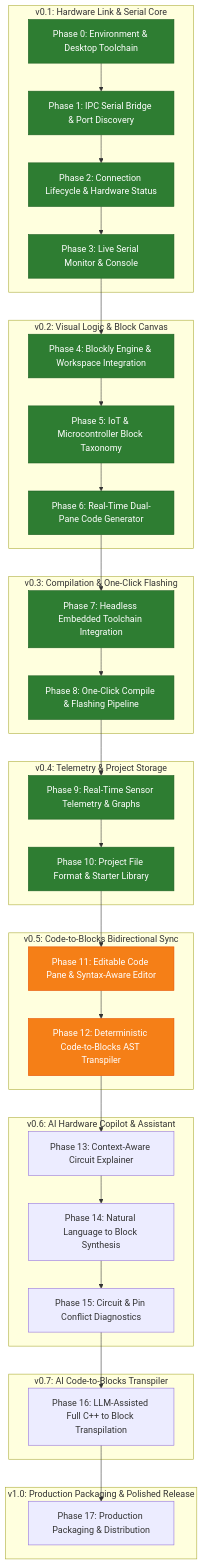
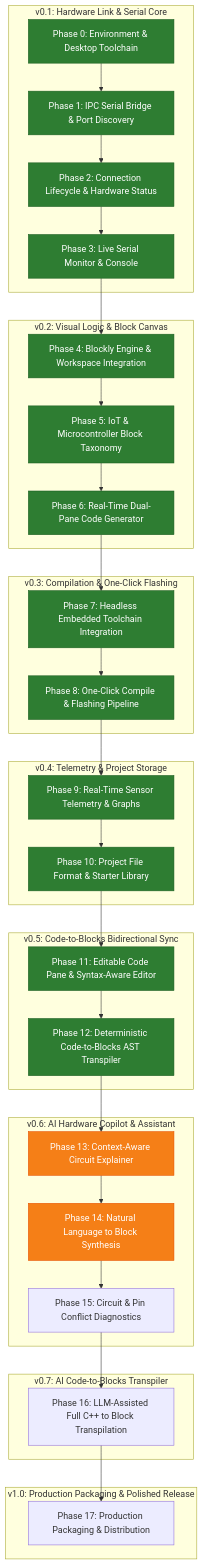
One commit to dharshbdp/CircuitForge changed the diagram in ROADMAP.md. Above: the diagram before and after it, drawn with Mermaid. The commit also changed other lines of this file and 1 other file, not shown here.

````diff
--- a/ROADMAP.md
+++ b/ROADMAP.md
@@ -38,57 +38,59 @@
 ```mermaid
 graph TD
     subgraph Milestone_0_1 [v0.1: Hardware Link & Serial Core]
         P0[Phase 0: Environment & Desktop Toolchain] --> P1[Phase 1: IPC Serial Bridge & Port Discovery]
         P1 --> P2[Phase 2: Connection Lifecycle & Hardware Status]
         P2 --> P3[Phase 3: Live Serial Monitor & Console]
     end
 
     subgraph Milestone_0_2 [v0.2: Visual Logic & Block Canvas]
         P3 --> P4[Phase 4: Blockly Engine & Workspace Integration]
         P4 --> P5[Phase 5: IoT & Microcontroller Block Taxonomy]
         P5 --> P6[Phase 6: Real-Time Dual-Pane Code Generator]
     end
 
     subgraph Milestone_0_3 [v0.3: Compilation & One-Click Flashing]
         P6 --> P7[Phase 7: Headless Embedded Toolchain Integration]
         P7 --> P8[Phase 8: One-Click Compile & Flashing Pipeline]
     end
 
     subgraph Milestone_0_4 [v0.4: Telemetry & Project Storage]
         P8 --> P9[Phase 9: Real-Time Sensor Telemetry & Graphs]
         P9 --> P10[Phase 10: Project File Format & Starter Library]
     end
 
     subgraph Milestone_0_5 [v0.5: Code-to-Blocks Bidirectional Sync]
         P10 --> P11[Phase 11: Editable Code Pane & Syntax-Aware Editor]
         P11 --> P12[Phase 12: Deterministic Code-to-Blocks AST Transpiler]
     end
 
     subgraph Milestone_0_6 [v0.6: AI Hardware Copilot & Assistant]
         P12 --> P13[Phase 13: Context-Aware Circuit Explainer]
         P13 --> P14[Phase 14: Natural Language to Block Synthesis]
         P14 --> P15[Phase 15: Circuit & Pin Conflict Diagnostics]
     end
 
     subgraph Milestone_0_7 [v0.7: AI Code-to-Blocks Transpiler]
         P15 --> P16[Phase 16: LLM-Assisted Full C++ to Block Transpilation]
     end
 
     subgraph Milestone_1_0 [v1.0: Production Packaging & Polished Release]
         P16 --> P17[Phase 17: Production Packaging & Distribution]
     end
 
     style P0 fill:#2e7d32,stroke:#1b5e20,color:#fff
     style P1 fill:#2e7d32,stroke:#1b5e20,color:#fff
     style P2 fill:#2e7d32,stroke:#1b5e20,color:#fff
     style P3 fill:#2e7d32,stroke:#1b5e20,color:#fff
     style P4 fill:#2e7d32,stroke:#1b5e20,color:#fff
     style P5 fill:#2e7d32,stroke:#1b5e20,color:#fff
     style P6 fill:#2e7d32,stroke:#1b5e20,color:#fff
     style P7 fill:#2e7d32,stroke:#1b5e20,color:#fff
     style P8 fill:#2e7d32,stroke:#1b5e20,color:#fff
     style P9 fill:#2e7d32,stroke:#1b5e20,color:#fff
     style P10 fill:#2e7d32,stroke:#1b5e20,color:#fff
-    style P11 fill:#f57f17,stroke:#e65100,color:#fff
-    style P12 fill:#f57f17,stroke:#e65100,color:#fff
+    style P11 fill:#2e7d32,stroke:#1b5e20,color:#fff
+    style P12 fill:#2e7d32,stroke:#1b5e20,color:#fff
+    style P13 fill:#f57f17,stroke:#e65100,color:#fff
+    style P14 fill:#f57f17,stroke:#e65100,color:#fff
 ```
````
